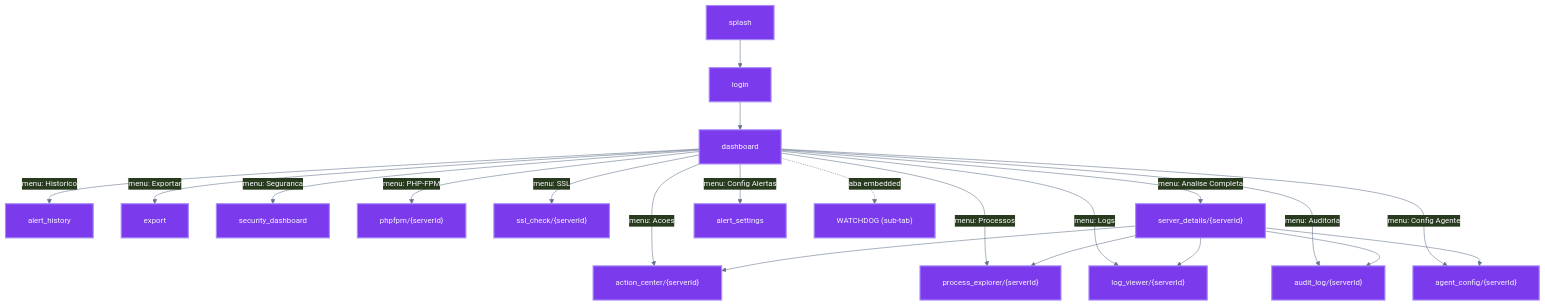
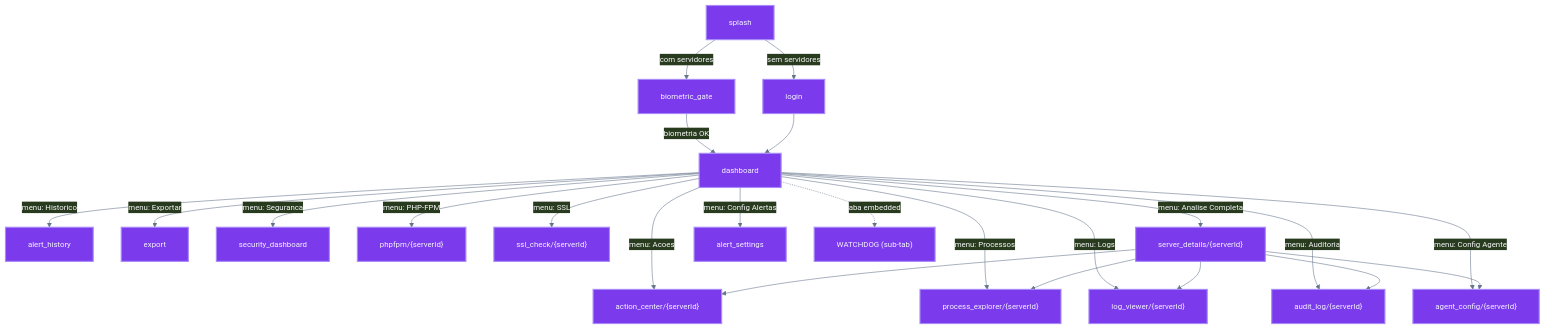
Before and after one commit to Munique-Feitoza/server-controller: the seventh of 15 diagrams in docs/ANDROID_APP.md, drawn with Mermaid. The commit also changed other lines of this file and 53 other files, not shown here.

````diff
--- a/docs/ANDROID_APP.md
+++ b/docs/ANDROID_APP.md
@@ -409,42 +418,44 @@
 ```mermaid
 %%{init: {
   "theme": "base",
   "themeVariables": {
     "fontFamily": "Inter, -apple-system, Segoe UI, sans-serif",
     "fontSize": "14px",
     "primaryColor": "#1e293b",
     "primaryTextColor": "#f8fafc",
     "primaryBorderColor": "#334155",
     "lineColor": "#64748b",
     "clusterBkg": "#0f172a",
     "clusterBorder": "#334155"
   },
   "flowchart": { "curve": "basis", "padding": 20 }
 }}%%
 graph TD
-    SPLASH["splash"] --> LOGIN["login"]
+    SPLASH["splash"] -->|"sem servidores"| LOGIN["login"]
+    SPLASH["splash"] -->|"com servidores"| GATE["biometric_gate"]
+    GATE -->|"biometria OK"| DASH["dashboard"]
     LOGIN --> DASH["dashboard"]
 
     DASH -->|"menu: Historico"| ALERT_HIST["alert_history"]
     DASH -->|"menu: Exportar"| EXPORT["export"]
     DASH -->|"menu: Seguranca"| SECURITY["security_dashboard"]
     DASH -->|"menu: PHP-FPM"| PHPFPM["phpfpm/{serverId}"]
     DASH -->|"menu: SSL"| SSL["ssl_check/{serverId}"]
     DASH -->|"menu: Analise Completa"| DETAILS["server_details/{serverId}"]
     DASH -->|"menu: Processos"| PROCESSES["process_explorer/{serverId}"]
     DASH -->|"menu: Acoes"| ACTIONS["action_center/{serverId}"]
     DASH -->|"menu: Logs"| LOGS["log_viewer/{serverId}"]
     DASH -->|"menu: Auditoria"| AUDIT["audit_log/{serverId}"]
     DASH -->|"menu: Config Agente"| CONFIG["agent_config/{serverId}"]
     DASH -->|"menu: Config Alertas"| ALERT_SET["alert_settings"]
     DASH -.->|"aba embedded"| WATCHDOG_TAB["WATCHDOG (sub-tab)"]
 
     DETAILS --> ACTIONS
     DETAILS --> PROCESSES
     DETAILS --> LOGS
     DETAILS --> AUDIT
     DETAILS --> CONFIG
 
     classDef androidNode fill:#7c3aed,stroke:#a78bfa,stroke-width:2px,color:#f5f3ff
-    class SPLASH,LOGIN,DASH,ALERT_HIST,EXPORT,SECURITY,PHPFPM,SSL,DETAILS,PROCESSES,ACTIONS,LOGS,AUDIT,CONFIG,ALERT_SET,WATCHDOG_TAB androidNode
+    class SPLASH,LOGIN,GATE,DASH,ALERT_HIST,EXPORT,SECURITY,PHPFPM,SSL,DETAILS,PROCESSES,ACTIONS,LOGS,AUDIT,CONFIG,ALERT_SET,WATCHDOG_TAB androidNode
 ```
````
